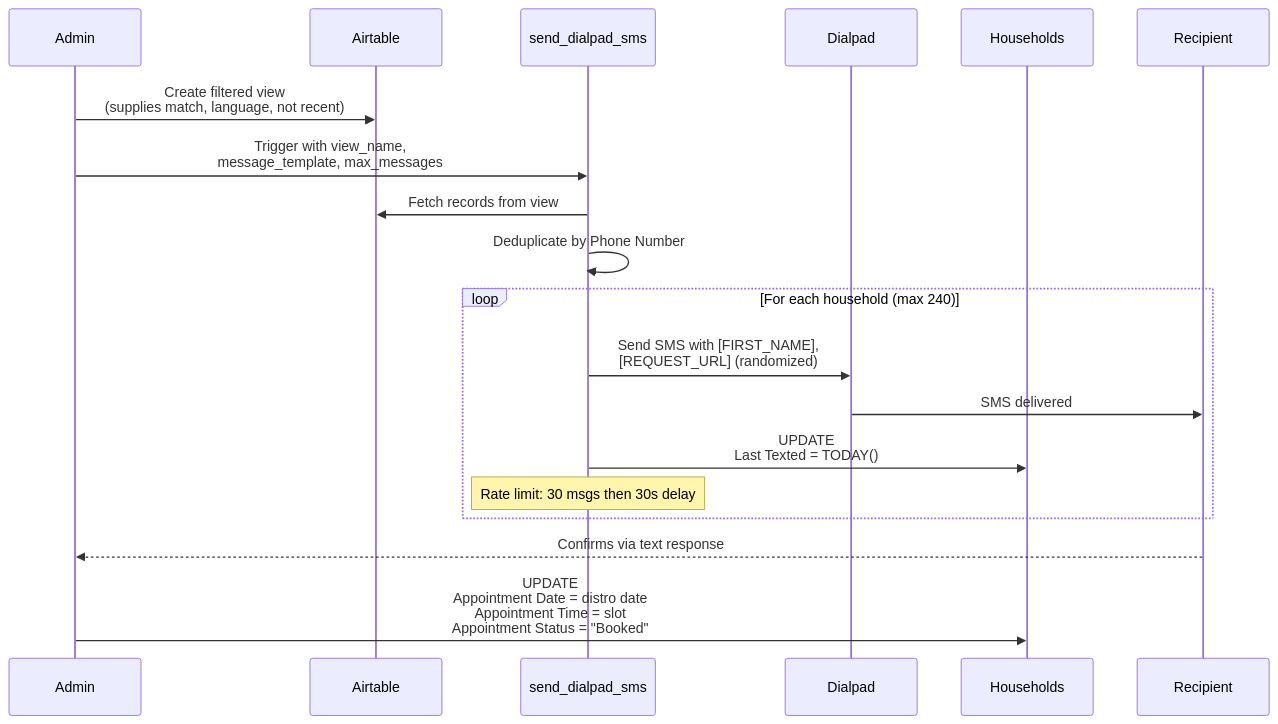
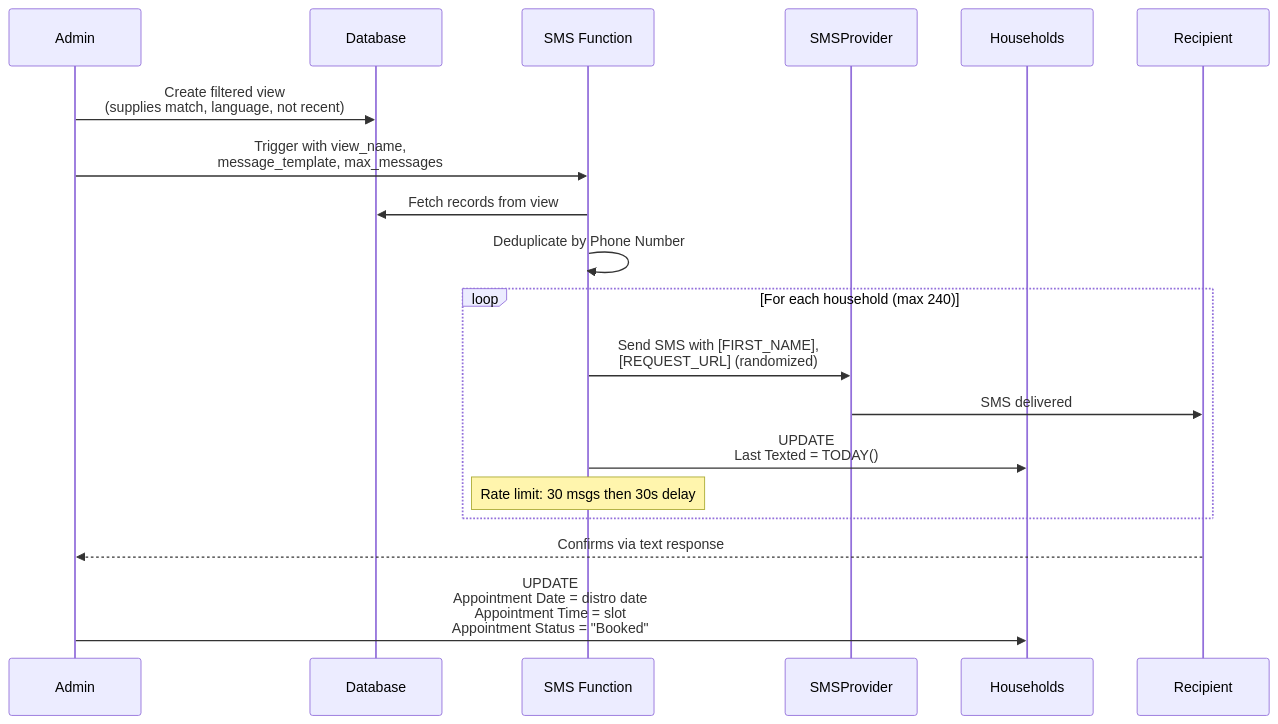
Before and after one commit to bushwickayudamutua/specs: the third of 8 diagrams in bam-mutual-aid-spec.md, drawn with Mermaid. The commit also changed other lines of this file and 3 other files, not shown here.

````diff
--- a/bam-mutual-aid-spec.md
+++ b/bam-mutual-aid-spec.md
@@ -458,26 +408,26 @@
 ```mermaid
 sequenceDiagram
     participant Admin
-    participant Airtable
-    participant DOFunction as send_dialpad_sms
-    participant Dialpad
+    participant Database
+    participant SMSFunction as SMS Function
+    participant SMSProvider
     participant Households
     participant Recipient
 
-    Admin->>Airtable: Create filtered view<br/>(supplies match, language, not recent)
-    Admin->>DOFunction: Trigger with view_name,<br/>message_template, max_messages
+    Admin->>Database: Create filtered view<br/>(supplies match, language, not recent)
+    Admin->>SMSFunction: Trigger with view_name,<br/>message_template, max_messages
 
-    DOFunction->>Airtable: Fetch records from view
-    DOFunction->>DOFunction: Deduplicate by Phone Number
+    SMSFunction->>Database: Fetch records from view
+    SMSFunction->>SMSFunction: Deduplicate by Phone Number
 
     loop For each household (max 240)
-        DOFunction->>Dialpad: Send SMS with [FIRST_NAME],<br/>[REQUEST_URL] (randomized)
-        Dialpad->>Recipient: SMS delivered
-        DOFunction->>Households: UPDATE<br/>Last Texted = TODAY()
+        SMSFunction->>SMSProvider: Send SMS with [FIRST_NAME],<br/>[REQUEST_URL] (randomized)
+        SMSProvider->>Recipient: SMS delivered
+        SMSFunction->>Households: UPDATE<br/>Last Texted = TODAY()
 
-        Note over DOFunction: Rate limit: 30 msgs then 30s delay
+        Note over SMSFunction: Rate limit: 30 msgs then 30s delay
     end
 
     Recipient-->>Admin: Confirms via text response
     Admin->>Households: UPDATE<br/>Appointment Date = distro date<br/>Appointment Time = slot<br/>Appointment Status = "Booked"
 ```
````
